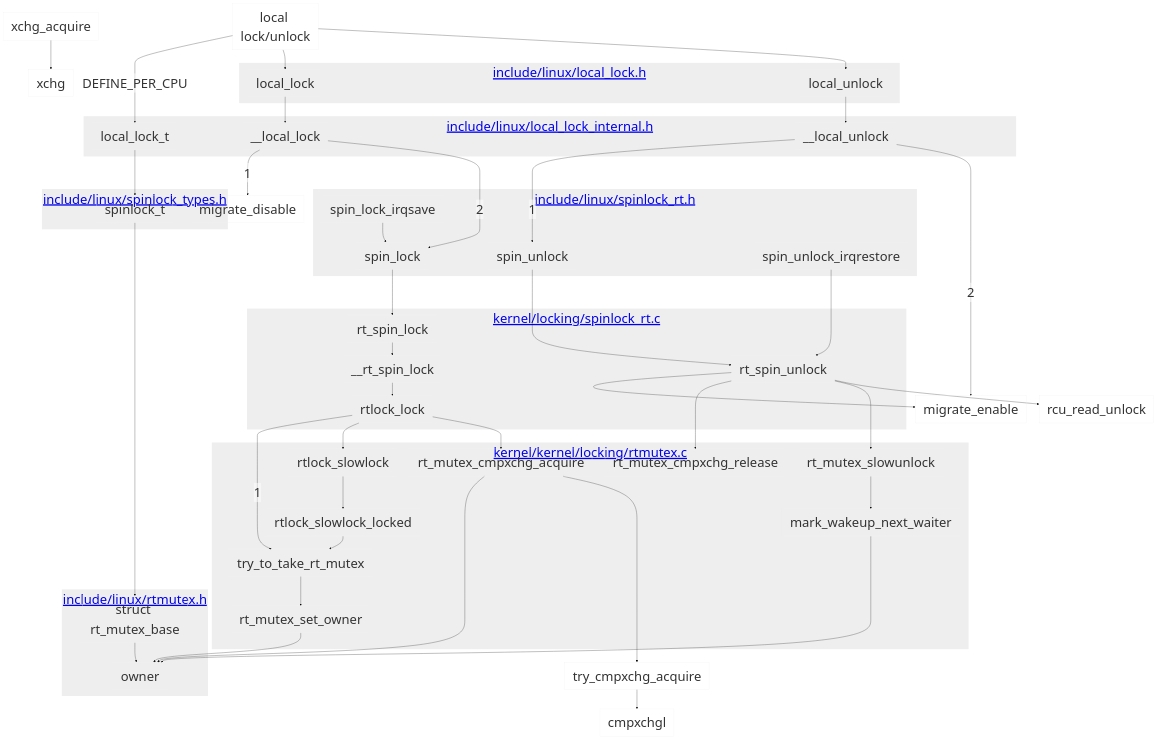
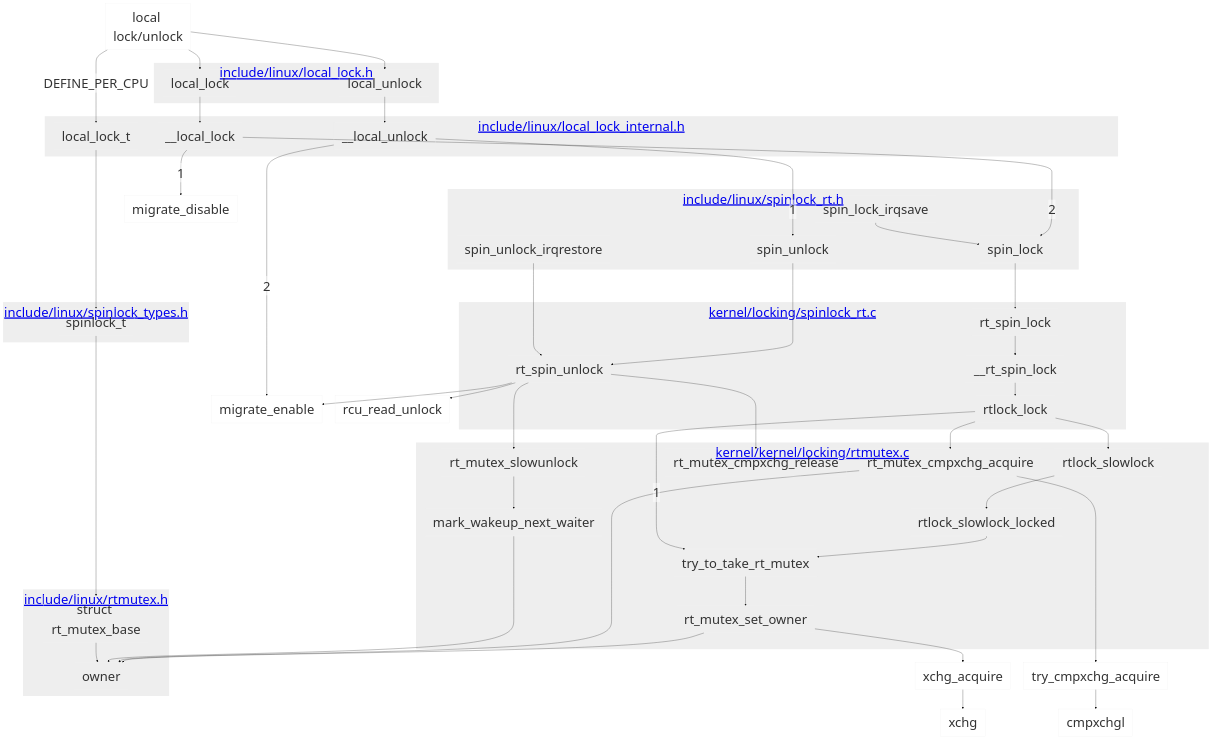
The second of 2 diagrams in rt-locks.md (makelinux/linux_kernel_map), drawn with Mermaid before and after one commit.

Commit message:
Update rt-locks.md
spinlock_t

````diff
--- a/rt-locks.md
+++ b/rt-locks.md
@@ -57,67 +57,67 @@
 ```mermaid
 %%{
 	init: {
 		'theme': 'base',
 		'themeVariables': {
         		'primaryColor': '#fff0',
         		'primaryBorderColor': '#eeef',
 			'clusterBkg': '#eeef',
 			'fontSize':'50px'
 		}
 	}
 }%%
 graph TB
 local["local lock/unlock"] -->|DEFINE_PER_CPU| local_lock_t
 local --> local_lock & local_unlock
-local_lock_t --> spinlock_t
+local_lock_t ----> spinlock_t
 subgraph "<a href=https://elixir.bootlin.com/linux/latest/source/include/linux/rtmutex.h>include/linux/rtmutex.h</a>"
 rt_mutex_base["struct rt_mutex_base"] --> owner
 end
 
 subgraph "<a href=https://elixir.bootlin.com/linux/latest/source/include/linux/spinlock_types.h>include/linux/spinlock_types.h</a>"
 spinlock_t --> rt_mutex_base
 end
 
 subgraph "<a href=https://elixir.bootlin.com/linux/latest/source/include/linux/local_lock.h>include/linux/local_lock.h</a>"
 local_lock
 local_unlock
 end
 subgraph "<a href=https://elixir.bootlin.com/linux/latest/source/include/linux/local_lock_internal.h>include/linux/local_lock_internal.h</a>"
 local_lock_t
 __local_lock
 __local_unlock
 end
 subgraph "<a href=https://elixir.bootlin.com/linux/latest/source/include/linux/spinlock_rt.h>include/linux/spinlock_rt.h</a>"
 spin_lock_irqsave --> spin_lock
 spin_unlock
 spin_unlock_irqrestore
 end
 subgraph "<a href=https://elixir.bootlin.com/linux/latest/source/kernel/locking/spinlock_rt.c>kernel/locking/spinlock_rt.c</a>"
 rt_spin_lock --> __rt_spin_lock --> rtlock_lock
 spin_unlock_irqrestore --> rt_spin_unlock
 end
 local_lock --> __local_lock -->|1| migrate_disable
 __local_lock --->|2| spin_lock --> rt_spin_lock
 rtlock_lock -->|1| try_to_take_rt_mutex
 
 subgraph "<a href=https://elixir.bootlin.com/linux/latest/source/kernel/kernel/locking/rtmutex.c>kernel/kernel/locking/rtmutex.c</a>"
 rtlock_lock --> rtlock_slowlock --> rtlock_slowlock_locked
 --> try_to_take_rt_mutex --> rt_mutex_set_owner
 rtlock_lock --> rt_mutex_cmpxchg_acquire
 rt_mutex_cmpxchg_release
 rt_mutex_slowunlock --> mark_wakeup_next_waiter --> owner
 end
 rt_mutex_cmpxchg_acquire --> owner
 rt_mutex_cmpxchg_acquire -----> try_cmpxchg_acquire --> cmpxchgl
 
 rt_mutex_set_owner --> owner
-xchg_acquire -->xchg
+rt_mutex_set_owner --> xchg_acquire -->xchg
 
 local_unlock --> __local_unlock --->|1| spin_unlock
 __local_unlock -->|2| migrate_enable
 spin_unlock ---> rt_spin_unlock
 --> migrate_enable & rt_mutex_cmpxchg_release & rt_mutex_slowunlock
 
 rt_spin_unlock --> rcu_read_unlock
 
 ```
````
